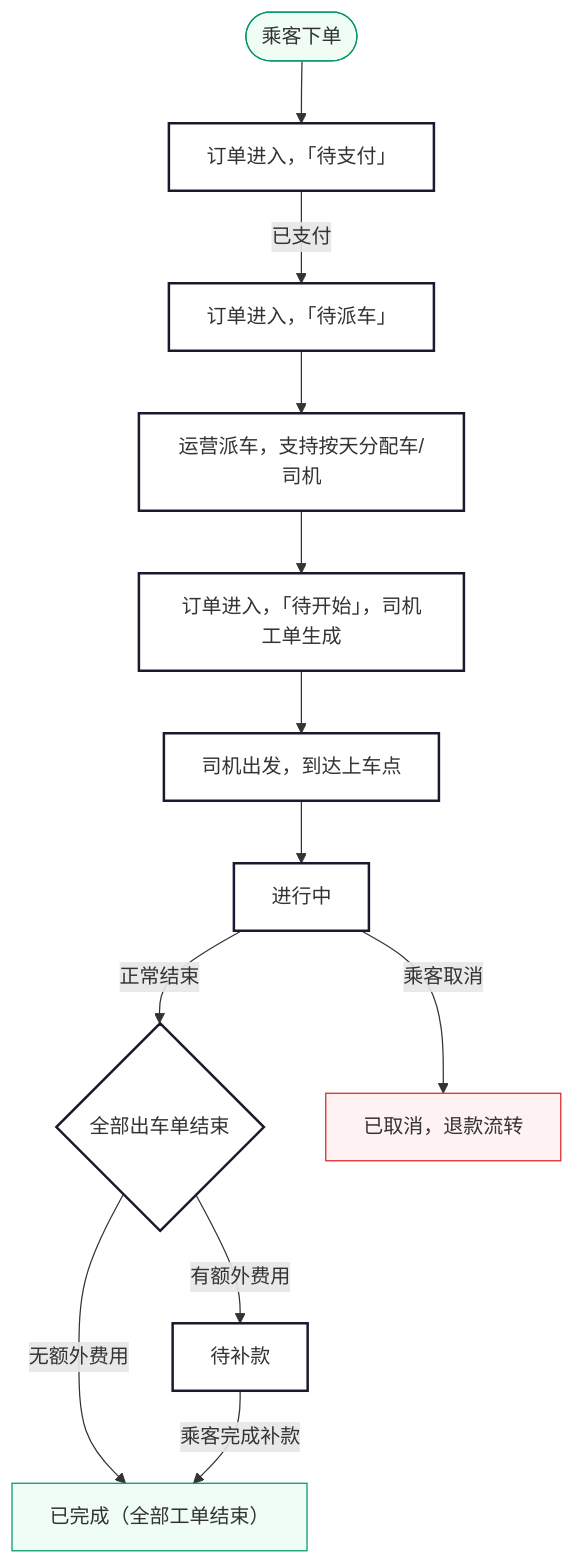
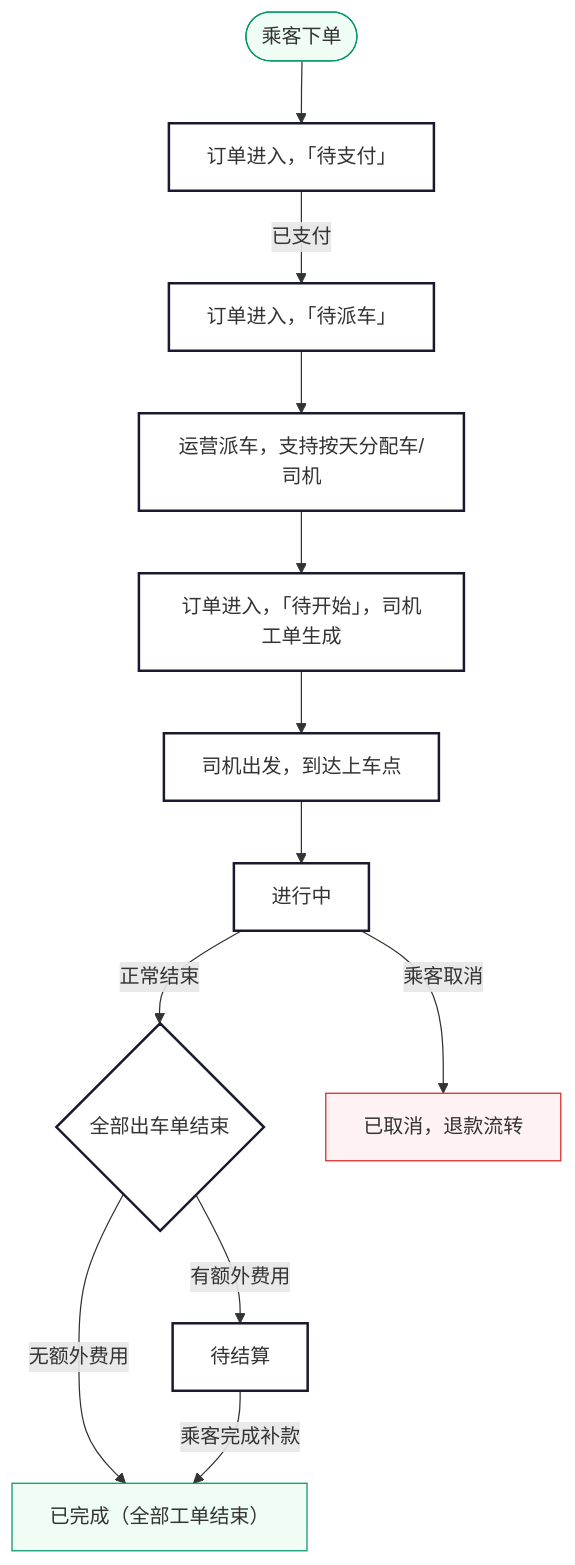
One commit to klayhuzhenx/zunchuxing changed the third of 6 diagrams in 运营端需求规格说明.md. Above: the diagram before and after it, drawn with Mermaid. The commit also changed other lines of this file and 41 other files, not shown here.

First line of the commit message:
feat: 三端迭代优化 + 乘客端本地图标字体 + 文档同步

````diff
--- a/运营端需求规格说明.md
+++ b/运营端需求规格说明.md
@@ -598,21 +599,21 @@
 ```mermaid
 graph TD
     A(["乘客下单"]) --> B["订单进入，「待支付」"]
     B --> |已支付| C["订单进入，「待派车」"]
     C --> D["运营派车，支持按天分配车/司机"]
     D --> E["订单进入，「待开始」，司机工单生成"]
     E --> F["司机出发，到达上车点"]
     F --> G["进行中"]
     G --> |正常结束| H{"全部出车单结束"}
     H --> |无额外费用| K["已完成（全部工单结束）"]
-    H --> |有额外费用| J["待补款"]
+    H --> |有额外费用| J["待结算"]
     G --> |乘客取消| I["已取消，退款流转"]
     J --> |乘客完成补款| K
 
     classDef step fill:#fff,stroke:#1a1a2e,stroke-width:2px
     classDef terminal fill:#f0fdf4,stroke:#059669
     classDef warn fill:#fef2f2,stroke:#dc2626
     class B,C,D,E,F,G,H,J step
     class A,K terminal
     class I warn
 ```
````
